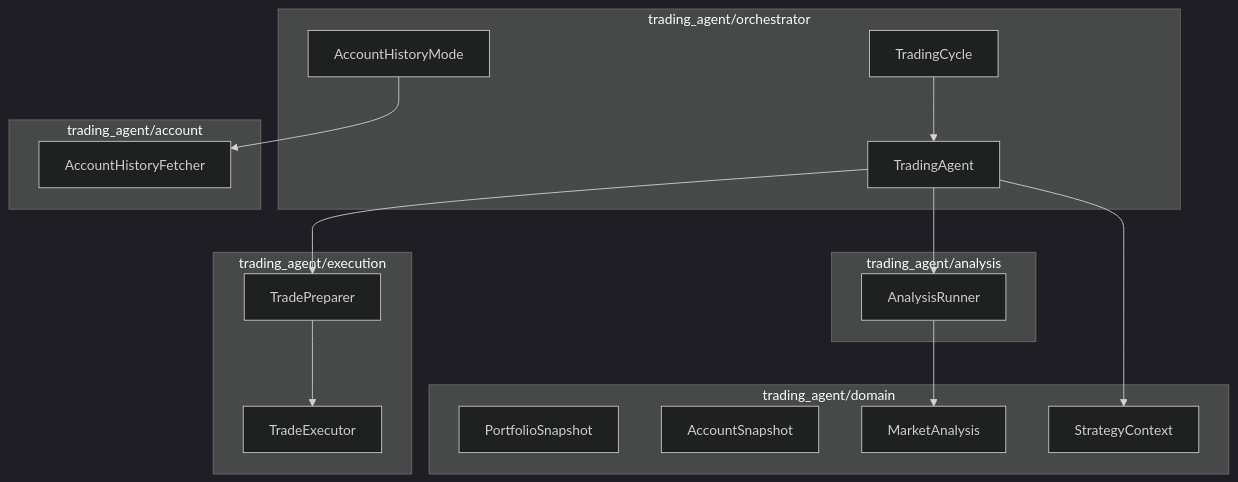
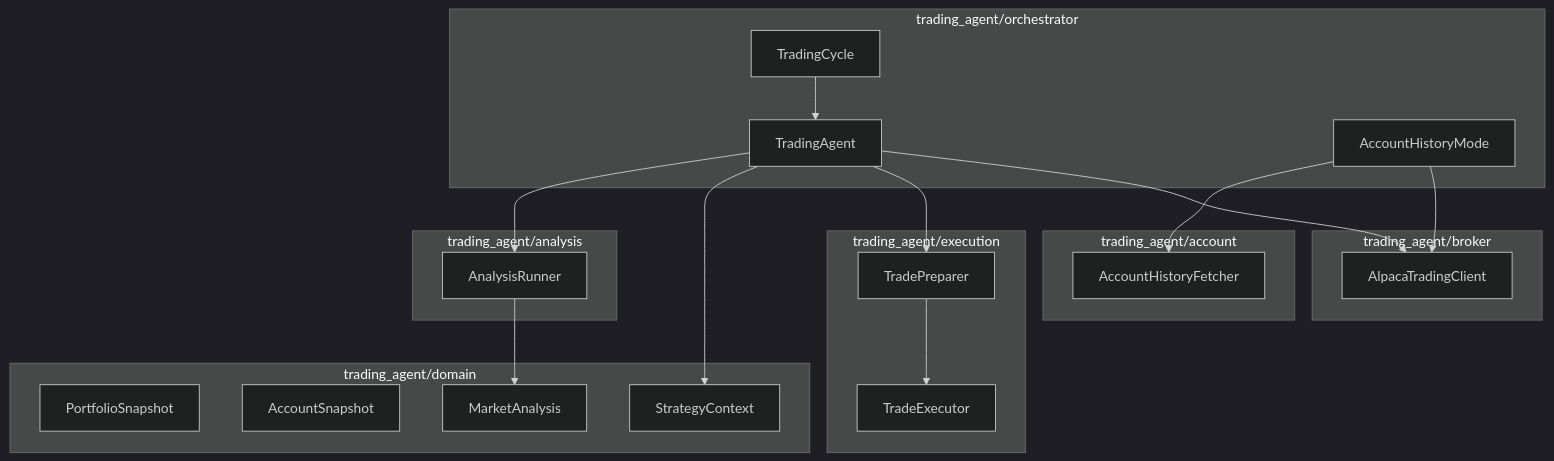
The diagram in docs/agents/codebase.md (yetigong/trading-agent), drawn with Mermaid (dark theme) before and after one commit. The commit also changed other lines of this file and 28 other files, not shown here.

First line of the commit message:
Consolidate broker, scheduler, and trading cycle into trading_agent package.

````diff
--- a/docs/agents/codebase.md
+++ b/docs/agents/codebase.md
@@ -31,34 +31,40 @@
 ```mermaid
 flowchart TB
+    subgraph broker [trading_agent/broker]
+        AC[AlpacaTradingClient]
+    end
+
     subgraph orchestrator [trading_agent/orchestrator]
         TC[TradingCycle]
         TA[TradingAgent]
         AHM[AccountHistoryMode]
     end
 
     subgraph account [trading_agent/account]
         AHF[AccountHistoryFetcher]
     end
 
     subgraph domain [trading_agent/domain]
         PS[PortfolioSnapshot]
         AS[AccountSnapshot]
         MA[MarketAnalysis]
         SC[StrategyContext]
     end
 
     subgraph analysis [trading_agent/analysis]
         AR[AnalysisRunner]
     end
 
     subgraph execution [trading_agent/execution]
         PRE[TradePreparer]
         EXT[TradeExecutor]
     end
 
     TC --> TA
     AHM --> AHF
     TA --> AR --> MA
     TA --> SC
     TA --> PRE --> EXT
+    TA --> AC
+    AHM --> AC
 ```
````
